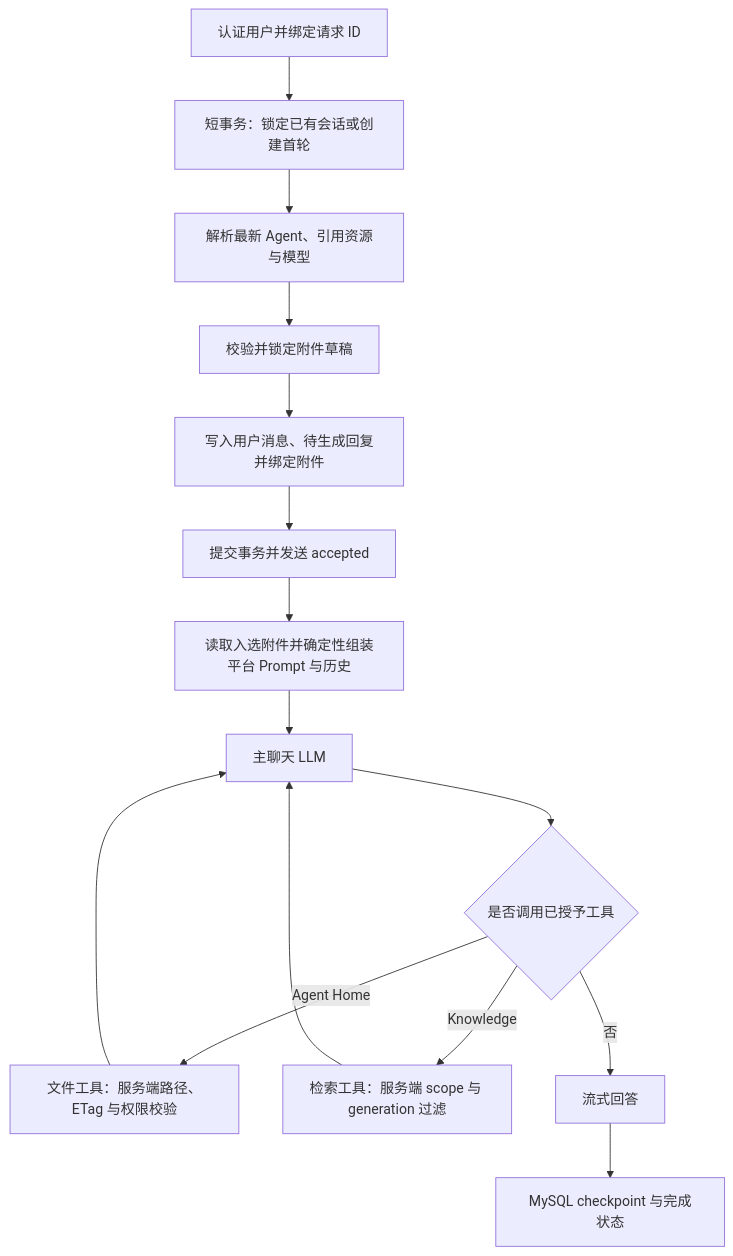
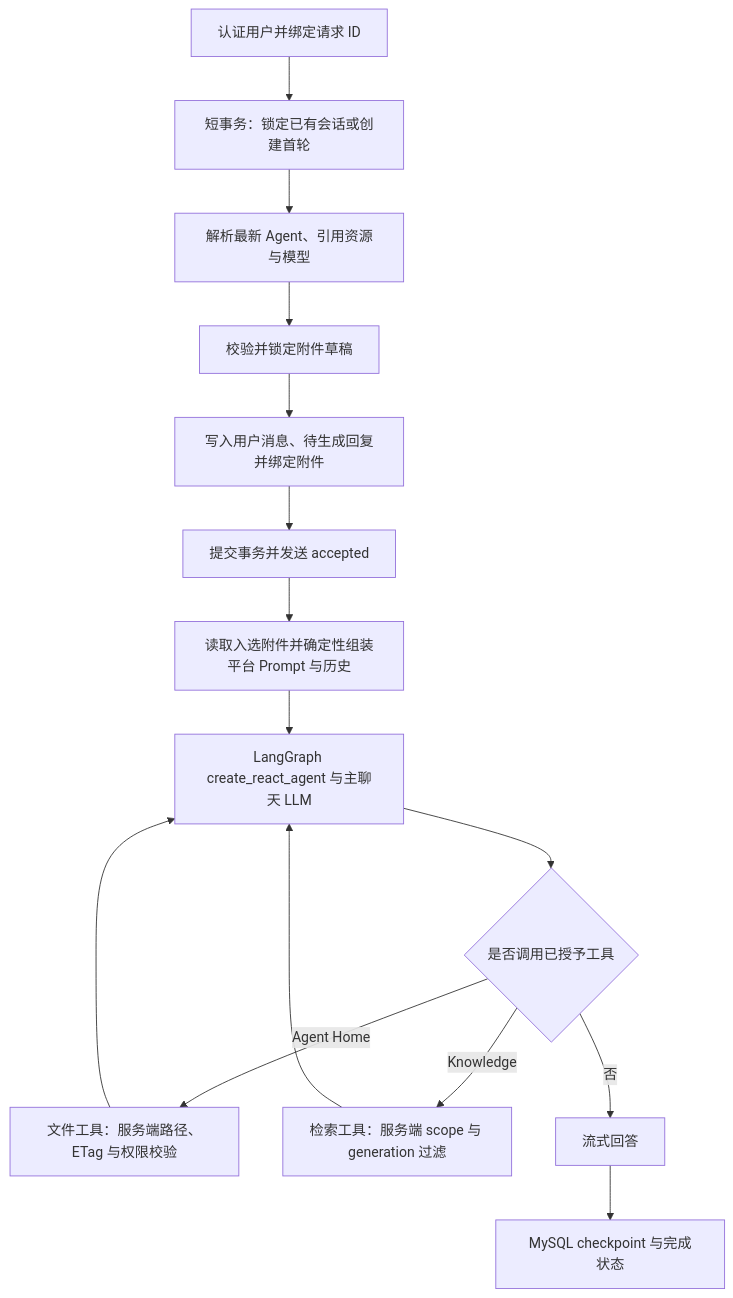
One commit to wxcfox/auto-reign changed the diagram in docs/workbench-architecture.md. Above: the diagram before and after it, drawn with Mermaid. The commit also changed other lines of this file and 20 other files, not shown here.

````diff
--- a/docs/workbench-architecture.md
+++ b/docs/workbench-architecture.md
@@ -59,17 +59,17 @@
 ```mermaid
 flowchart TD
     A[认证用户并绑定请求 ID] --> B[短事务：锁定已有会话或创建首轮]
     B --> C[解析最新 Agent、引用资源与模型]
     C --> D[校验并锁定附件草稿]
     D --> E[写入用户消息、待生成回复并绑定附件]
     E --> F[提交事务并发送 accepted]
     F --> G[读取入选附件并确定性组装平台 Prompt 与历史]
-    G --> H[主聊天 LLM]
+    G --> H[LangGraph create_react_agent 与主聊天 LLM]
     H --> I{是否调用已授予工具}
     I -->|Agent Home| J[文件工具：服务端路径、ETag 与权限校验]
     I -->|Knowledge| K[检索工具：服务端 scope 与 generation 过滤]
     I -->|否| L[流式回答]
     J --> H
     K --> H
     L --> M[MySQL checkpoint 与完成状态]
 ```
````
